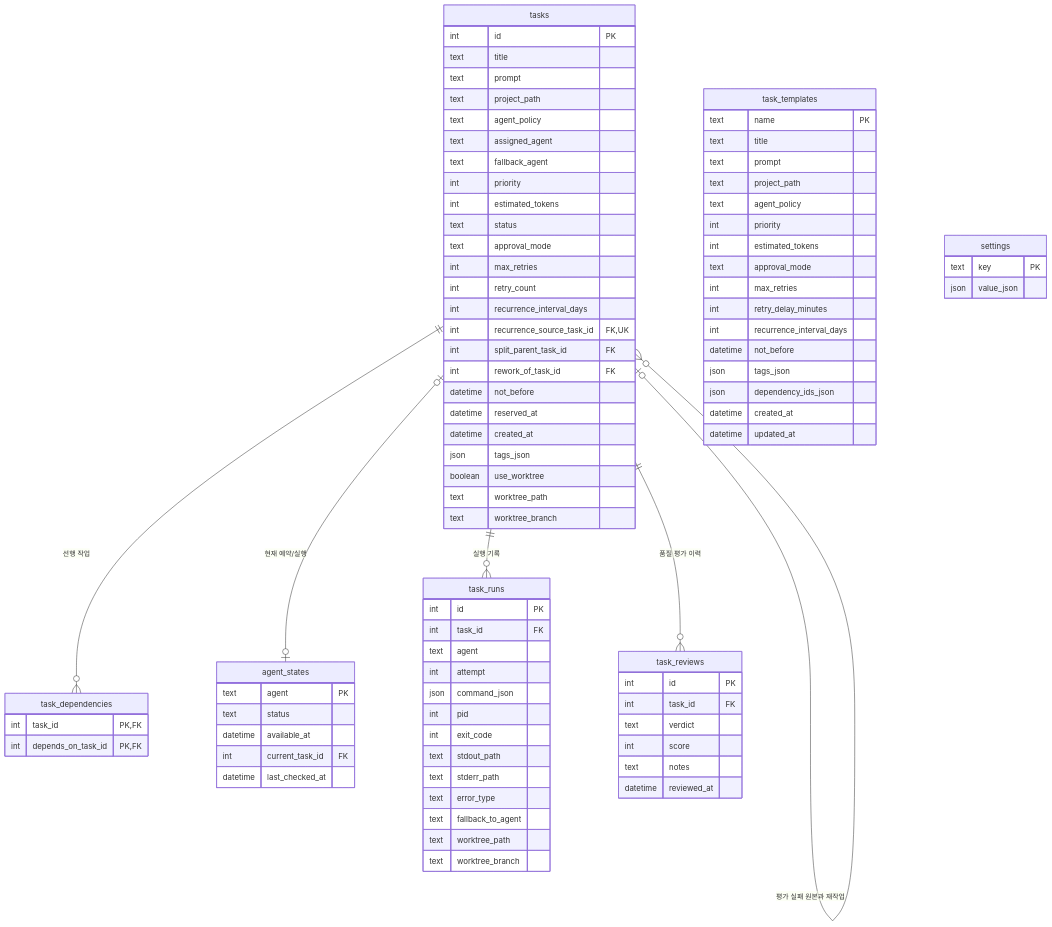
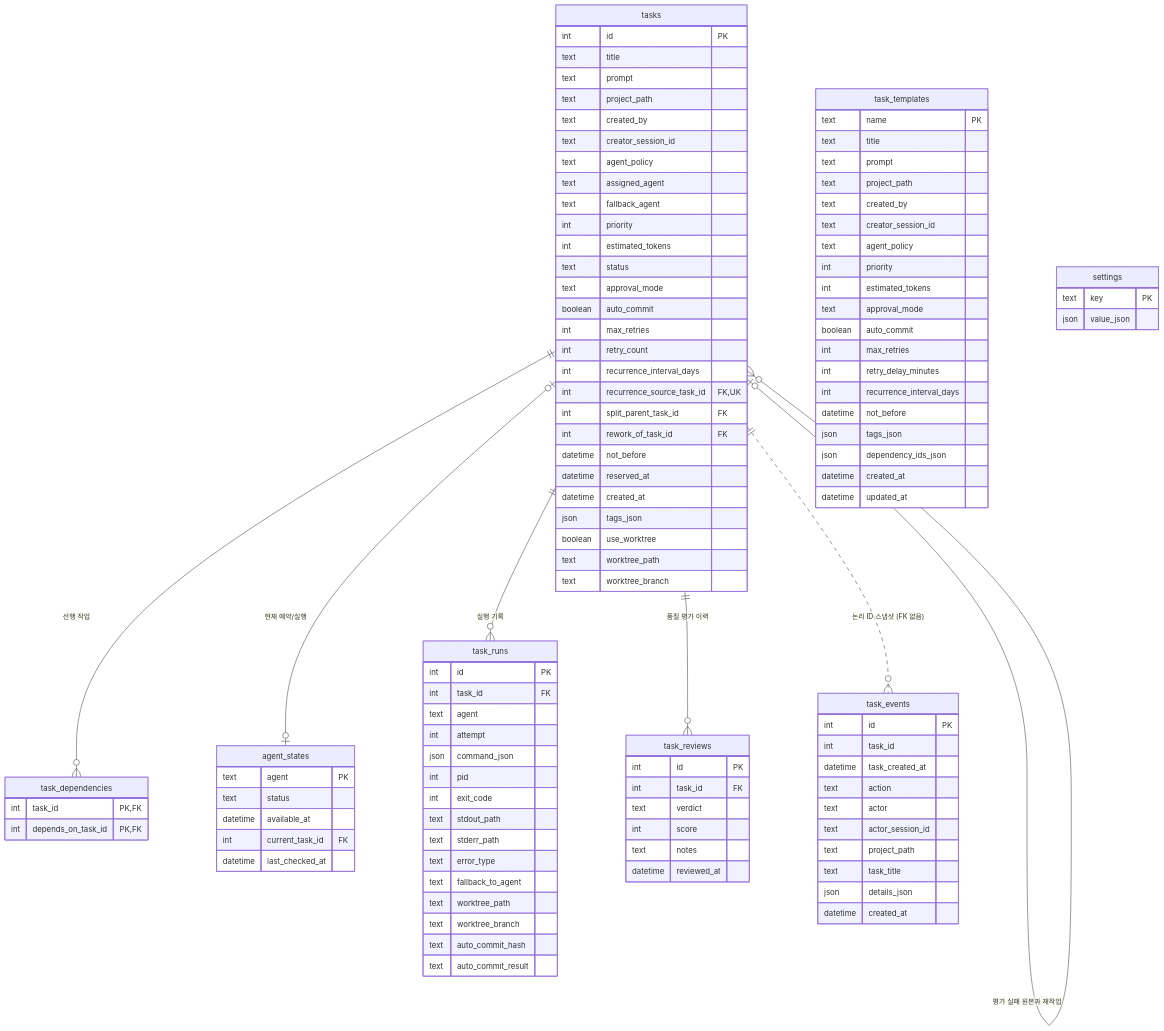
Before and after one commit to jasonwpgml/AQR: the second of 4 diagrams in ai-queue-runner/docs/ARCHITECTURE.md, drawn with Mermaid. The commit also changed other lines of this file and 36 other files, not shown here.

```diff
--- a/ai-queue-runner/docs/ARCHITECTURE.md
+++ b/ai-queue-runner/docs/ARCHITECTURE.md
@@ -77,6 +79,8 @@
         text title
         text prompt
         text project_path
+        text created_by
+        text creator_session_id
         text agent_policy
         text assigned_agent
         text fallback_agent
@@ -84,6 +88,7 @@
         int estimated_tokens
         text status
         text approval_mode
+        boolean auto_commit
         int max_retries
         int retry_count
         int recurrence_interval_days
@@ -123,6 +128,8 @@
         text fallback_to_agent
         text worktree_path
         text worktree_branch
+        text auto_commit_hash
+        text auto_commit_result
     }
     task_reviews {
         int id PK
@@ -137,10 +144,13 @@
         text title
         text prompt
         text project_path
+        text created_by
+        text creator_session_id
         text agent_policy
         int priority
         int estimated_tokens
         text approval_mode
+        boolean auto_commit
         int max_retries
         int retry_delay_minutes
         int recurrence_interval_days
@@ -150,6 +160,18 @@
         datetime created_at
         datetime updated_at
     }
+    task_events {
+        int id PK
+        int task_id
+        datetime task_created_at
+        text action
+        text actor
+        text actor_session_id
+        text project_path
+        text task_title
+        json details_json
+        datetime created_at
+    }
     settings {
         text key PK
         json value_json
@@ -158,6 +180,7 @@
     tasks ||--o{ task_dependencies : "선행 작업"
     tasks ||--o{ task_runs : "실행 기록"
     tasks ||--o{ task_reviews : "품질 평가 이력"
+    tasks ||..o{ task_events : "논리 ID 스냅샷 (FK 없음)"
     tasks o|--o| tasks : "다음 반복 회차"
     tasks o|--o{ tasks : "분할 원본과 하위 작업"
     tasks o|--o{ tasks : "평가 실패 원본과 재작업"
```
